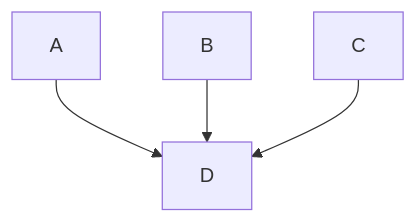
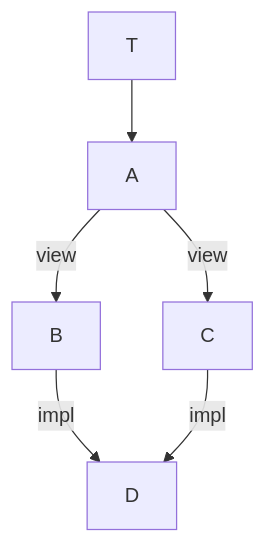
One commit to rust-lang/rfcs changed the seventh of 11 diagrams in text/0000-extern-impl.md. Above: the diagram before and after it, drawn with Mermaid. The commit also changed other lines of this file, not shown here.

````diff
--- a/text/0000-extern-impl.md
+++ b/text/0000-extern-impl.md
@@ -192,4 +261,4 @@
 ```mermaid
-graph TD
-  A & B & C --> D
+graph TB
+  T --> A -->|view| B & C -->|impl| D
 ```
````
